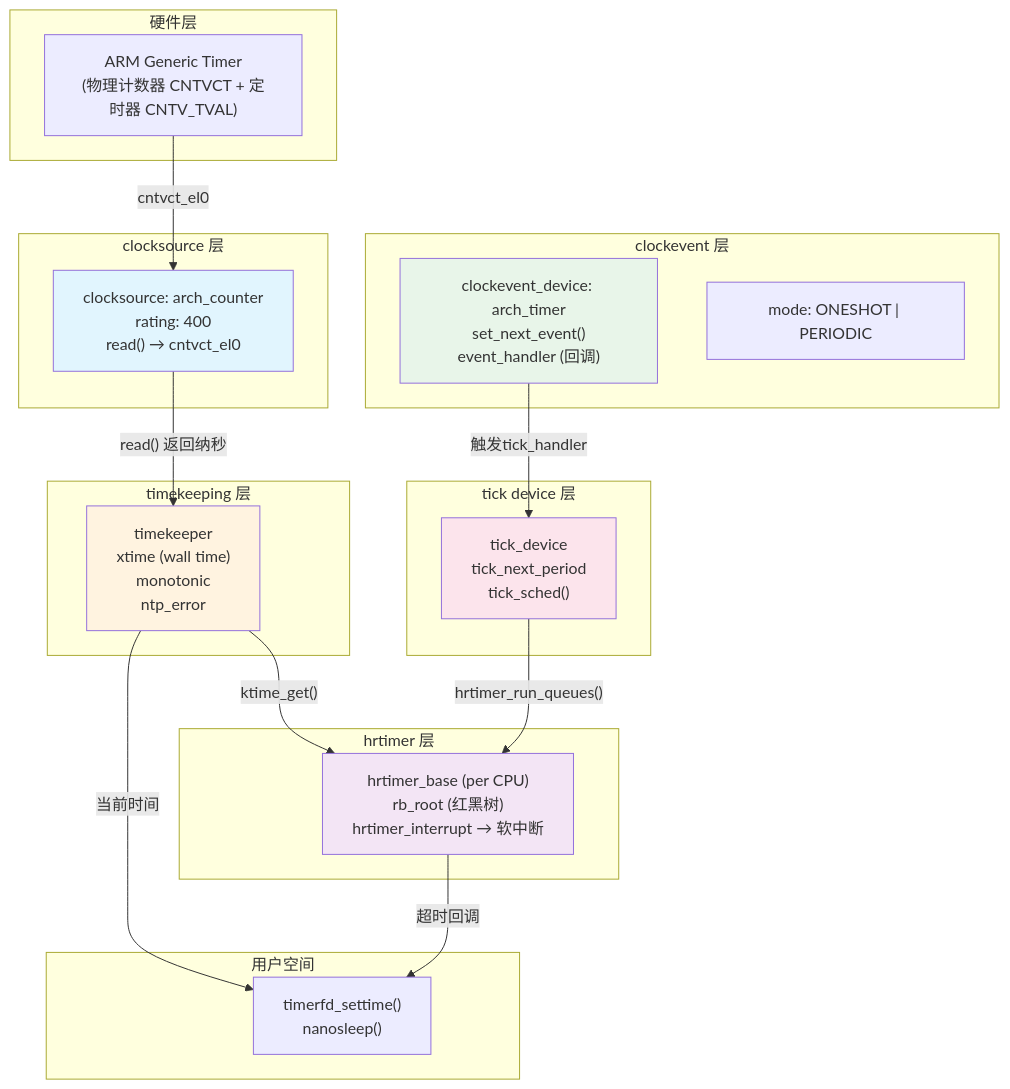
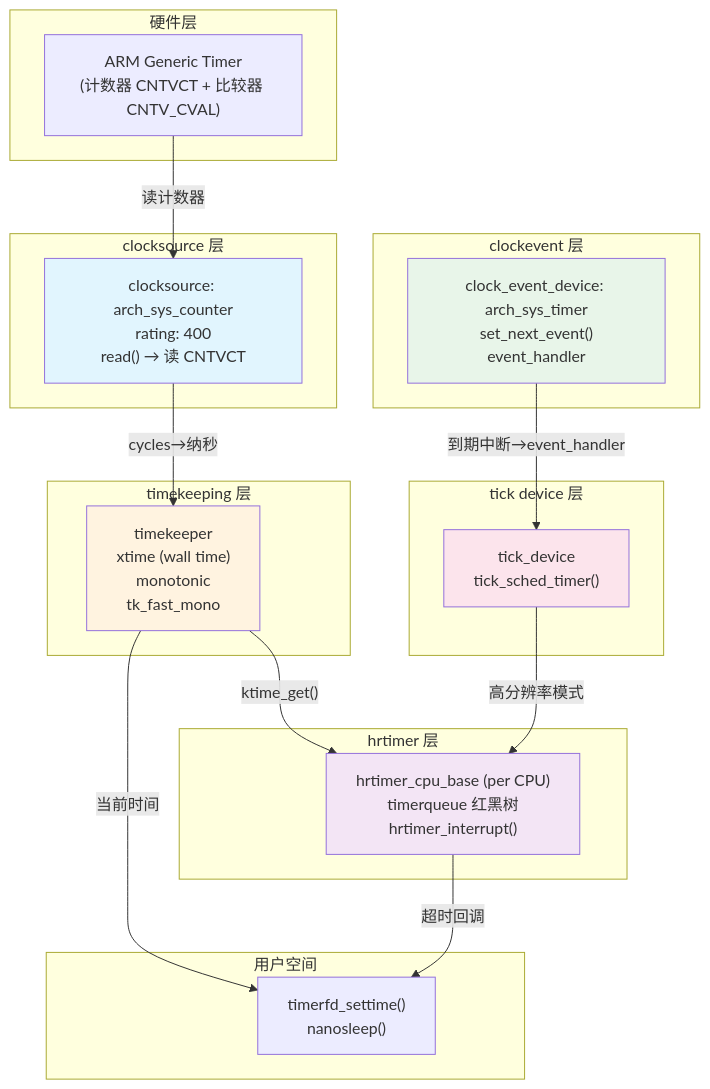
The diagram in docs/02-核心机制深度解析/第10章 中断与时间/10.5.2_时间子系统分层架构.md (xiaohong0925/Embedded_Knowledge_System_V2026), drawn with Mermaid before and after one commit. The commit also changed other lines of this file and 65 other files, not shown here.

````diff
--- a/docs/02-核心机制深度解析/第10章 中断与时间/10.5.2_时间子系统分层架构.md
+++ b/docs/02-核心机制深度解析/第10章 中断与时间/10.5.2_时间子系统分层架构.md
@@ -48,45 +41,44 @@
 ```mermaid
 graph TD
     subgraph "硬件层"
-        HW["ARM Generic Timer<br/>(物理计数器 CNTVCT + 定时器 CNTV_TVAL)"]
+        HW["ARM Generic Timer<br/>(计数器 CNTVCT + 比较器 CNTV_CVAL)"]
     end
 
     subgraph "clocksource 层"
-        CS["clocksource: arch_counter<br/>rating: 400<br/>read() → cntvct_el0"]
+        CS["clocksource: arch_sys_counter<br/>rating: 400<br/>read() → 读 CNTVCT"]
     end
 
     subgraph "timekeeping 层"
-        TK["timekeeper<br/>xtime (wall time)<br/>monotonic<br/>ntp_error"]
+        TK["timekeeper<br/>xtime (wall time)<br/>monotonic<br/>tk_fast_mono"]
     end
 
     subgraph "clockevent 层"
-        CE["clockevent_device: arch_timer<br/>set_next_event()<br/>event_handler (回调)"]
-        CE_P["mode: ONESHOT | PERIODIC"]
+        CE["clock_event_device: arch_sys_timer<br/>set_next_event()<br/>event_handler"]
     end
 
     subgraph "tick device 层"
-        TD["tick_device<br/>tick_next_period<br/>tick_sched()"]
+        TD["tick_device<br/>tick_sched_timer()"]
     end
 
     subgraph "hrtimer 层"
-        HR["hrtimer_base (per CPU)<br/>rb_root (红黑树)<br/>hrtimer_interrupt → 软中断"]
+        HR["hrtimer_cpu_base (per CPU)<br/>timerqueue 红黑树<br/>hrtimer_interrupt()"]
     end
 
     subgraph "用户空间"
         US["timerfd_settime()<br/>nanosleep()"]
     end
 
-    HW -->|"cntvct_el0"| CS
-    CS -->|"read() 返回纳秒"| TK
+    HW -->|"读计数器"| CS
+    CS -->|"cycles→纳秒"| TK
     TK -->|"ktime_get()"| HR
     TK -->|"当前时间"| US
-    CE -->|"触发tick_handler"| TD
-    TD -->|"hrtimer_run_queues()"| HR
+    CE -->|"到期中断→event_handler"| TD
+    TD -->|"高分辨率模式"| HR
     HR -->|"超时回调"| US
 
     style CS fill:#e1f5fe
     style TK fill:#fff3e0
     style CE fill:#e8f5e9
     style TD fill:#fce4ec
     style HR fill:#f3e5f5
 ```
````
